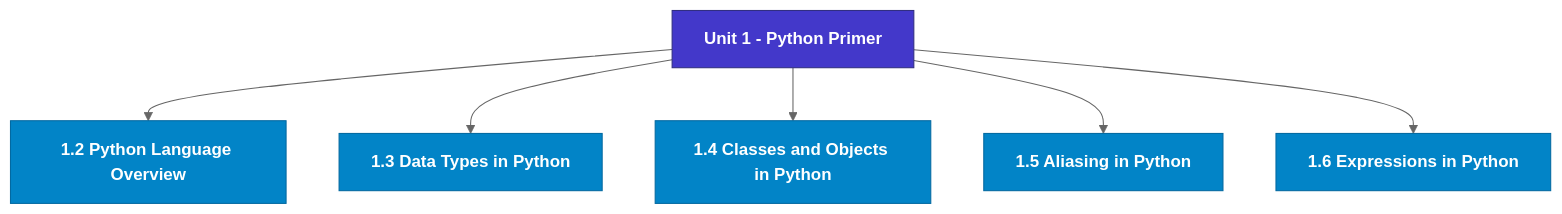
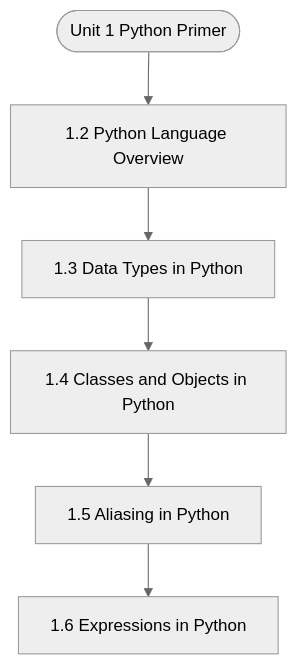
Before and after one commit to Asutosh-Coaching/mscdsa: the diagram in notes/Semester_1/MCS-063_Data_Structures_using_Python/unit_01_Python_Primer.md, drawn with Mermaid (neutral theme). The commit also changed other lines of this file and 115 other files, not shown here.

Commit message:
Fix Mermaid layout for mobile, isolate LaTeX delimiters, and add GitHub Pages reader

````diff
--- a/notes/Semester_1/MCS-063_Data_Structures_using_Python/unit_01_Python_Primer.md
+++ b/notes/Semester_1/MCS-063_Data_Structures_using_Python/unit_01_Python_Primer.md
@@ -19,19 +19,14 @@
 ```mermaid
 flowchart TD
-  %% Styling Definitions
-  classDef head fill:#4338ca,stroke:#312e81,color:#ffffff,font-weight:bold;
-  classDef topic fill:#0284c7,stroke:#0369a1,color:#ffffff,font-weight:600;
-  classDef sub fill:#1e293b,stroke:#475569,color:#f8fafc;
-
-  Root["Unit 1 - Python Primer"]:::head
-  M1["1.2 Python Language Overview"]:::topic
-  Root --> M1
-  M2["1.3 Data Types in Python"]:::topic
-  Root --> M2
-  M3["1.4 Classes and Objects in Python"]:::topic
-  Root --> M3
-  M4["1.5 Aliasing in Python"]:::topic
-  Root --> M4
-  M5["1.6 Expressions in Python"]:::topic
-  Root --> M5
+  Start(["Unit 1 Python Primer"])
+  N1["1.2 Python Language Overview"]
+  N2["1.3 Data Types in Python"]
+  N3["1.4 Classes and Objects in Python"]
+  N4["1.5 Aliasing in Python"]
+  N5["1.6 Expressions in Python"]
+  Start --> N1
+  N1 --> N2
+  N2 --> N3
+  N3 --> N4
+  N4 --> N5
 ```
````
